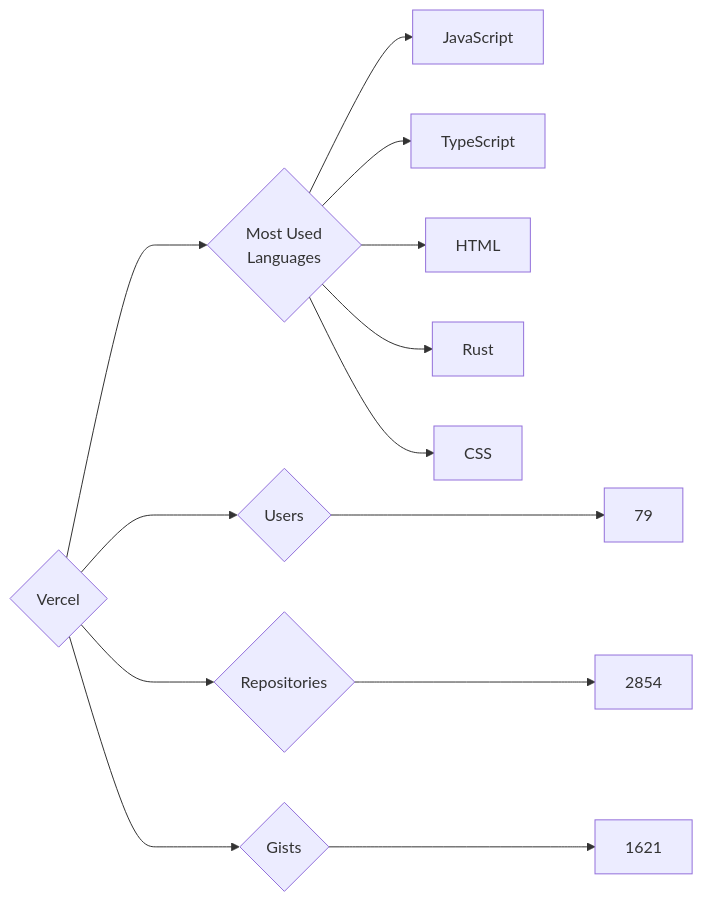
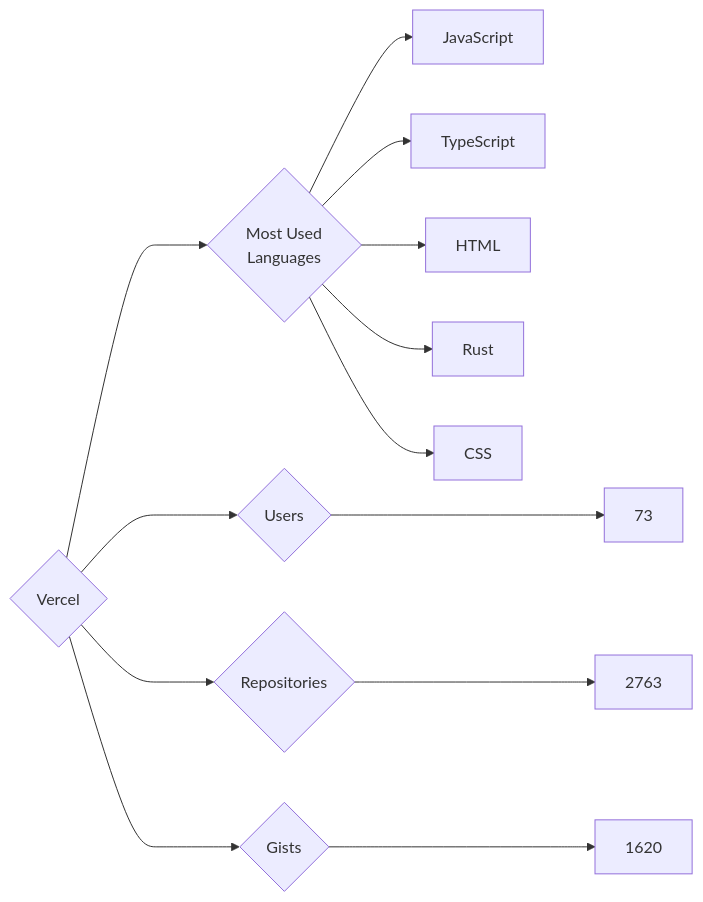
Before and after one commit to trickest/insiders: the diagram in targets/Vercel/README.md, drawn with Mermaid. The commit also changed 953 other files, not shown here.

````diff
--- a/targets/Vercel/README.md
+++ b/targets/Vercel/README.md
@@ -3,13 +3,13 @@
 ```mermaid
 graph LR
 COMPANY_NAME{Vercel}
-COMPANY_NAME ---> U{Users} ---> UN[79]
-COMPANY_NAME ---> R{Repositories} ---> RN[2854]
-COMPANY_NAME ---> G{Gists} ---> GN[1621]
+COMPANY_NAME ---> U{Users} ---> UN[73]
+COMPANY_NAME ---> R{Repositories} ---> RN[2763]
+COMPANY_NAME ---> G{Gists} ---> GN[1620]
 COMPANY_NAME ---> ML{Most Used<br>Languages}
 ML --> JavaScript[JavaScript]
 ML --> TypeScript[TypeScript]
 ML --> HTML[HTML]
 ML --> Rust[Rust]
 ML --> CSS[CSS]
 ```
````
